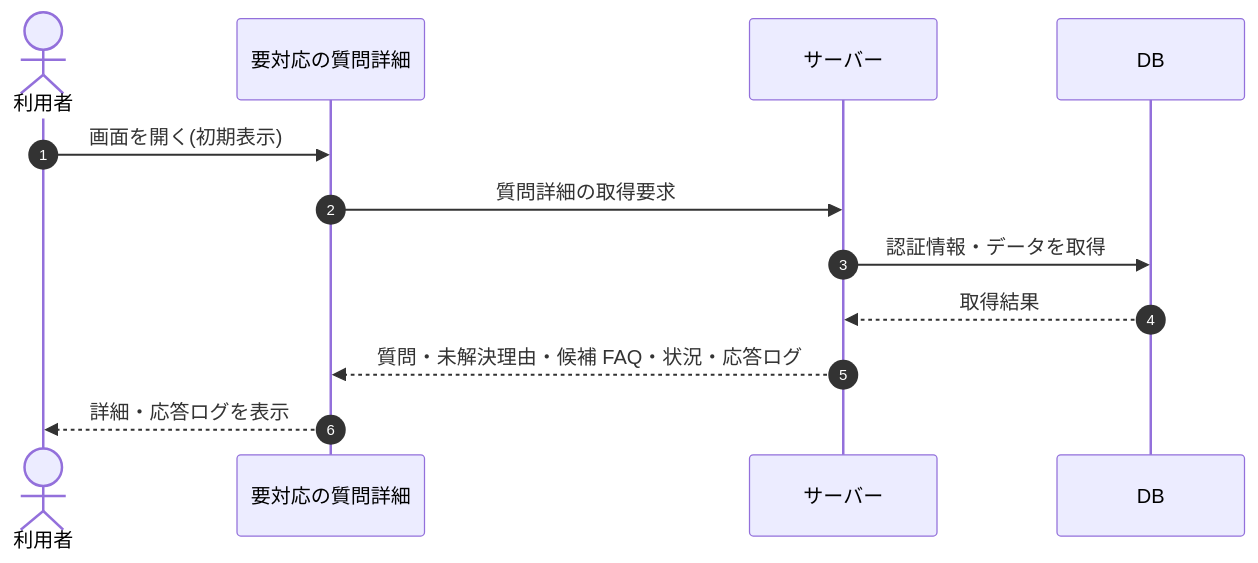
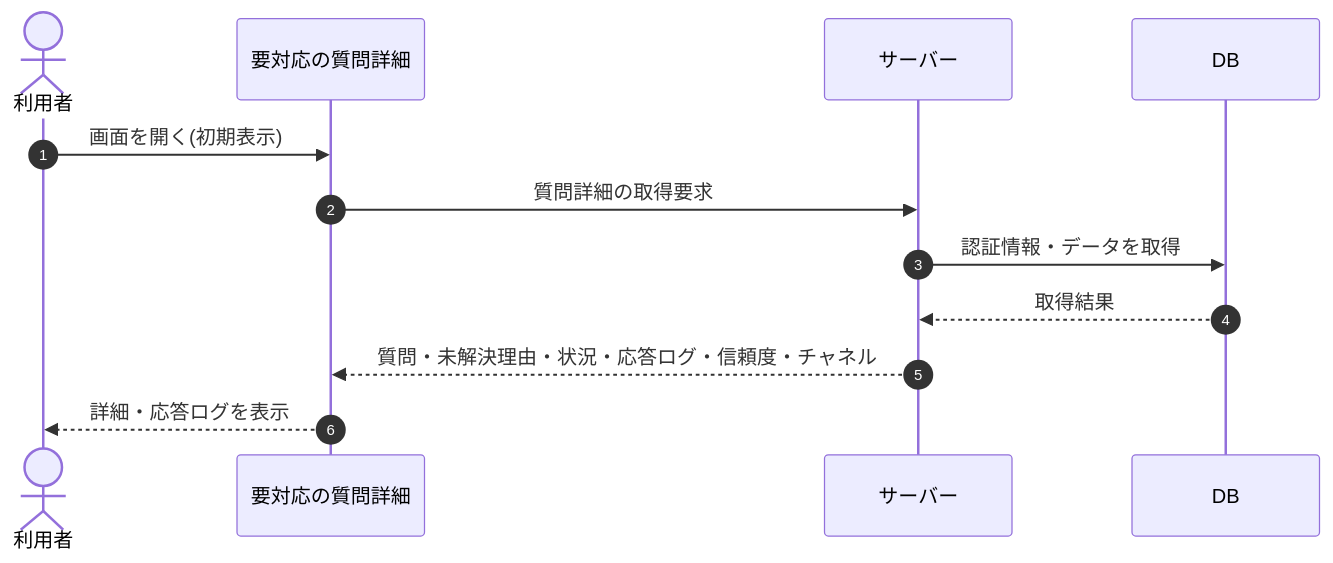
The diagram in 02_basic_design/03_sequences/SEQ-021.md (sikakou54/open-faq), drawn with Mermaid before and after one commit. The commit also changed other lines of this file and 54 other files, not shown here.

````diff
--- a/02_basic_design/03_sequences/SEQ-021.md
+++ b/02_basic_design/03_sequences/SEQ-021.md
@@ -24,14 +24,14 @@
 ```mermaid
 sequenceDiagram
   autonumber
   actor U as 利用者
   participant Screen as 要対応の質問詳細
   participant Server as サーバー
   participant DB as DB
   U->>Screen: 画面を開く(初期表示)
   Screen->>Server: 質問詳細の取得要求
   Server->>DB: 認証情報・データを取得
   DB-->>Server: 取得結果
-  Server-->>Screen: 質問・未解決理由・候補 FAQ・状況・応答ログ
+  Server-->>Screen: 質問・未解決理由・状況・応答ログ・信頼度・チャネル
   Screen-->>U: 詳細・応答ログを表示
 ```
````
